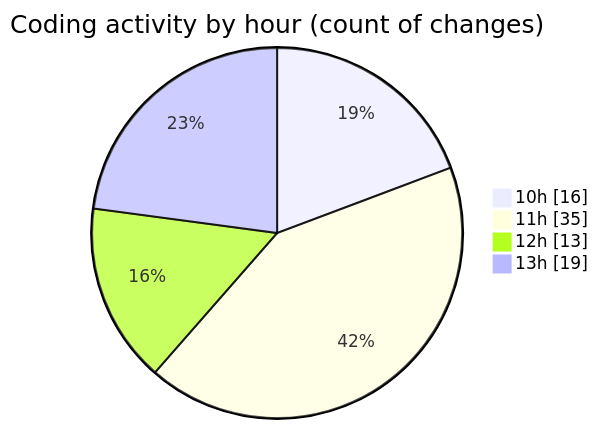
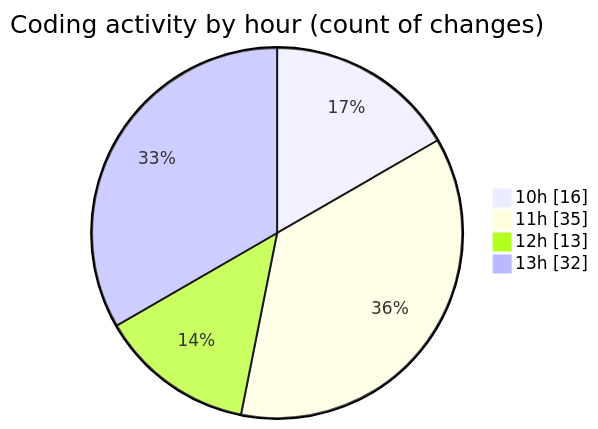
The second of 2 diagrams in 2025-02-20/micros/README.md (charlie-sans/code-tracking), drawn with Mermaid before and after one commit. The commit also changed other lines of this file and 1 other file, not shown here.

````diff
--- a/2025-02-20/micros/README.md
+++ b/2025-02-20/micros/README.md
@@ -50,8 +52,8 @@
 ```mermaid
 pie showData
 title Coding activity by hour (count of changes)
 "10h" : 16
 "11h" : 35
 "12h" : 13
-"13h" : 19
+"13h" : 32
 ```
````
